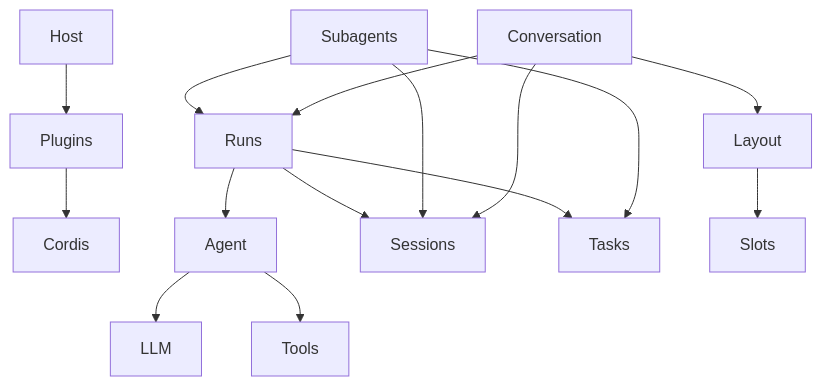
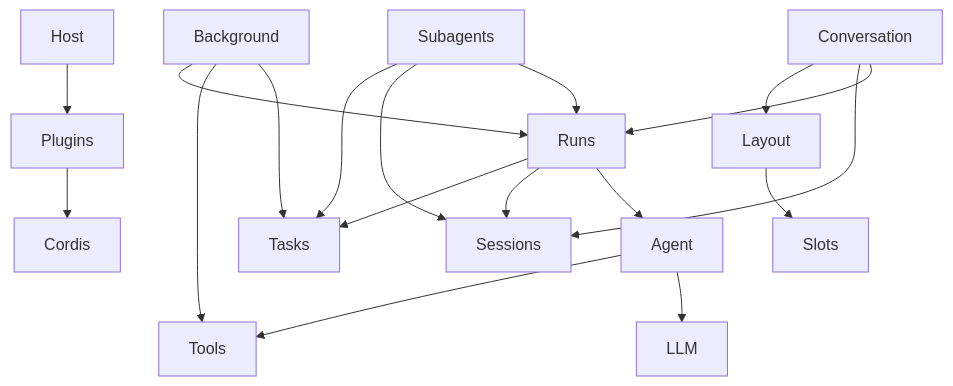
Before and after one commit to catyugu/mini-harness: the first of 3 diagrams in docs/architecture.md, drawn with Mermaid. The commit also changed other lines of this file and 91 other files, not shown here.

````diff
--- a/docs/architecture.md
+++ b/docs/architecture.md
@@ -7,17 +7,20 @@
 ```mermaid
 flowchart TD
   Host --> Plugins
   Plugins --> Cordis
   Agent --> LLM
   Agent --> Tools
   Runs --> Agent
   Runs --> Sessions
   Runs --> Tasks
   Subagents --> Runs
+  Background --> Tasks
+  Background --> Tools
+  Background --> Runs
   Subagents --> Sessions
   Subagents --> Tasks
   Conversation --> Runs
   Conversation --> Sessions
   Conversation --> Layout
   Layout --> Slots
 ```
````
